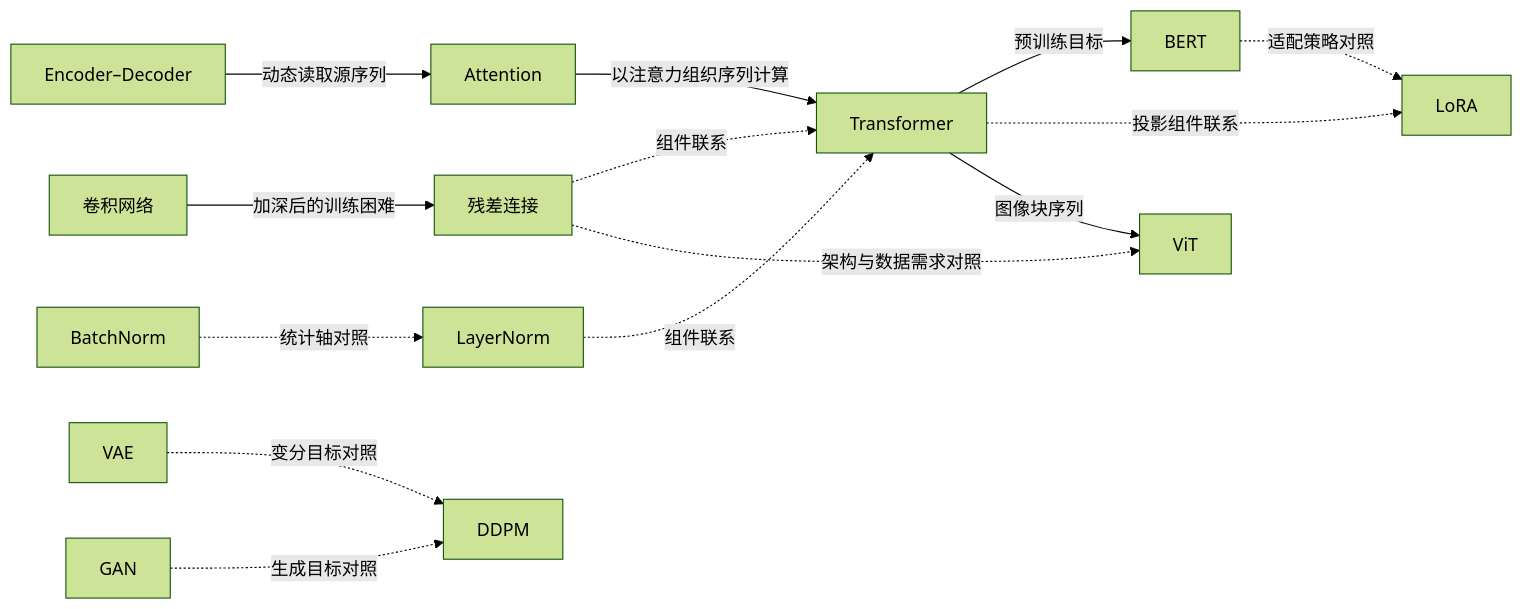
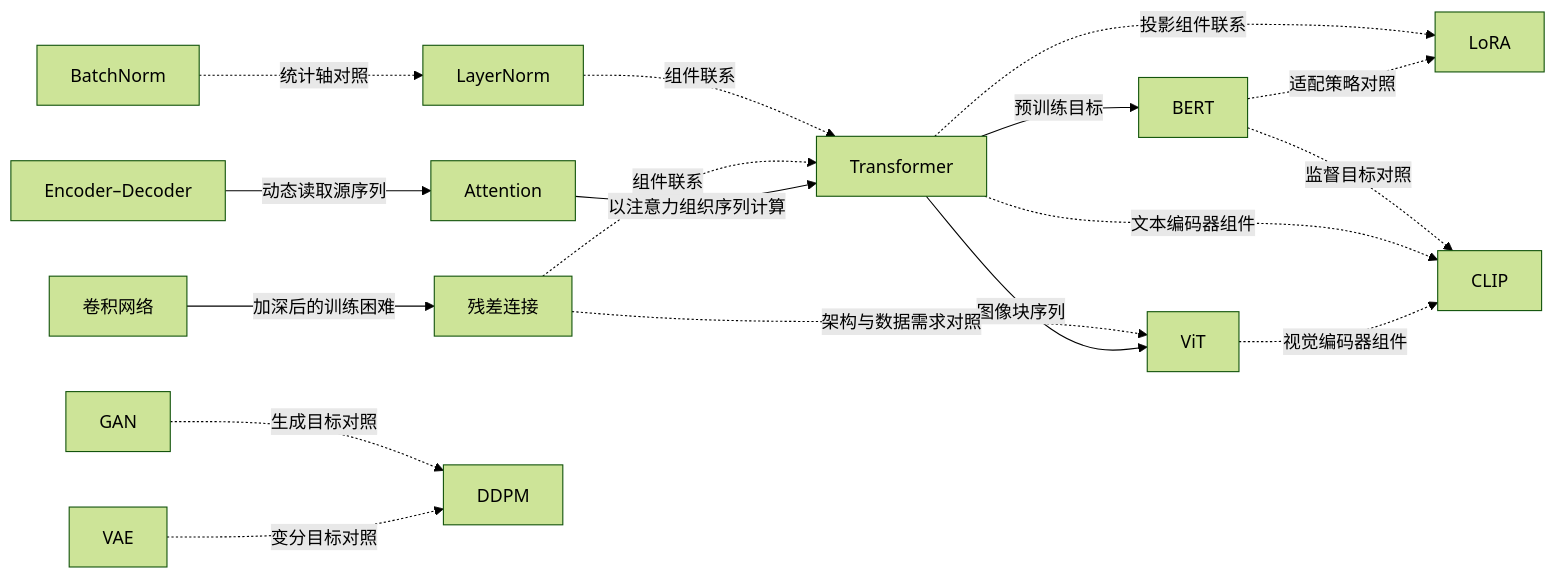
Before and after one commit to RayXBuilds/Deep-Learning-Papers-Reading-Roadmap: the diagram in docs/connections.md, drawn with Mermaid (forest theme). The commit also changed other lines of this file and 17 other files, not shown here.

````diff
--- a/docs/connections.md
+++ b/docs/connections.md
@@ -30,16 +31,19 @@
 ```mermaid
 flowchart LR
   CNN[卷积网络] -->|加深后的训练困难| ResNet[残差连接]
   BN[BatchNorm] -.统计轴对照.-> LN[LayerNorm]
   Seq[Encoder–Decoder] -->|动态读取源序列| Attn[Attention]
   Attn -->|以注意力组织序列计算| TF[Transformer]
   ResNet -.组件联系.-> TF
   LN -.组件联系.-> TF
   TF -->|预训练目标| BERT[BERT]
   BERT -.适配策略对照.-> LoRA[LoRA]
   TF -.投影组件联系.-> LoRA
   TF -->|图像块序列| ViT[ViT]
   ResNet -.架构与数据需求对照.-> ViT
+  ViT -.视觉编码器组件.-> CLIP[CLIP]
+  TF -.文本编码器组件.-> CLIP
+  BERT -.监督目标对照.-> CLIP
   VAE[VAE] -.变分目标对照.-> DDPM[DDPM]
   GAN[GAN] -.生成目标对照.-> DDPM
 ```
````
